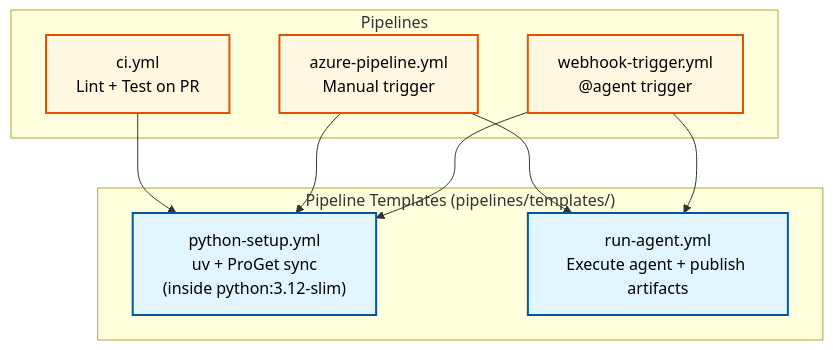
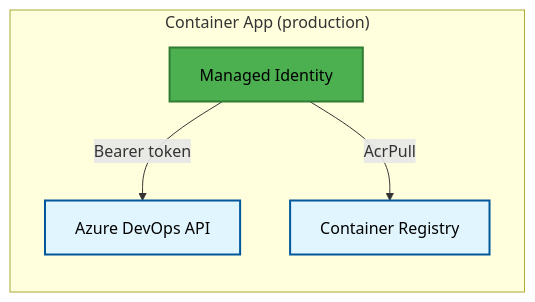
Before and after one commit to victorvos/devops_agent: the fourth of 7 diagrams in README.md, drawn with Mermaid. The commit also changed other lines of this file and 28 other files, not shown here.

First line of the commit message:
Slim down to lightweight Container App deployment

````diff
--- a/README.md
+++ b/README.md
@@ -156,26 +200,13 @@
 ```mermaid
-graph TB
-    subgraph "Pipeline Templates (pipelines/templates/)"
-        TPY["python-setup.yml<br/>uv + ProGet sync<br/>(inside python:3.12-slim)"]
-        TRA["run-agent.yml<br/>Execute agent + publish artifacts"]
+flowchart LR
+    subgraph "Container App (production)"
+        MI["Managed Identity"]
+        MI -->|"Bearer token"| ADO["Azure DevOps API"]
+        MI -->|"AcrPull"| ACR["Container Registry"]
     end
 
-    subgraph "Pipelines"
-        CI["ci.yml<br/>Lint + Test on PR"]
-        MAN["azure-pipeline.yml<br/>Manual trigger"]
-        WEB["webhook-trigger.yml<br/>@agent trigger"]
-    end
-
-    CI --> TPY
-    MAN --> TPY
-    MAN --> TRA
-    WEB --> TPY
-    WEB --> TRA
-
     %% Styling
-    style TPY fill:#e1f5fe,stroke:#01579b,stroke-width:2px,color:#000000
-    style TRA fill:#e1f5fe,stroke:#01579b,stroke-width:2px,color:#000000
-    style CI fill:#fff8e1,stroke:#e65100,stroke-width:2px,color:#000000
-    style MAN fill:#fff8e1,stroke:#e65100,stroke-width:2px,color:#000000
-    style WEB fill:#fff8e1,stroke:#e65100,stroke-width:2px,color:#000000
+    style MI fill:#4caf50,stroke:#2e7d32,stroke-width:2px,color:#000000
+    style ADO fill:#e1f5fe,stroke:#01579b,stroke-width:2px,color:#000000
+    style ACR fill:#e1f5fe,stroke:#01579b,stroke-width:2px,color:#000000
 ```
````
